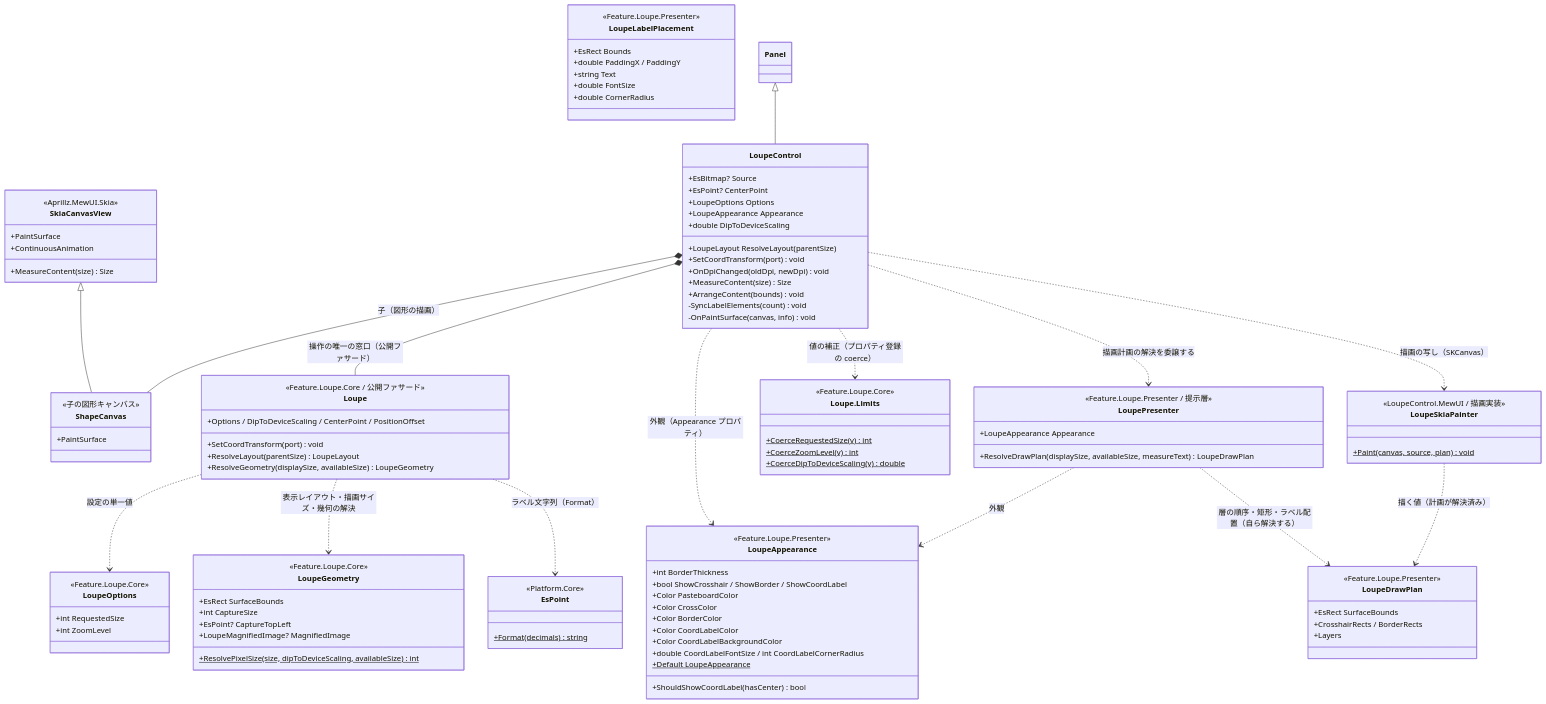
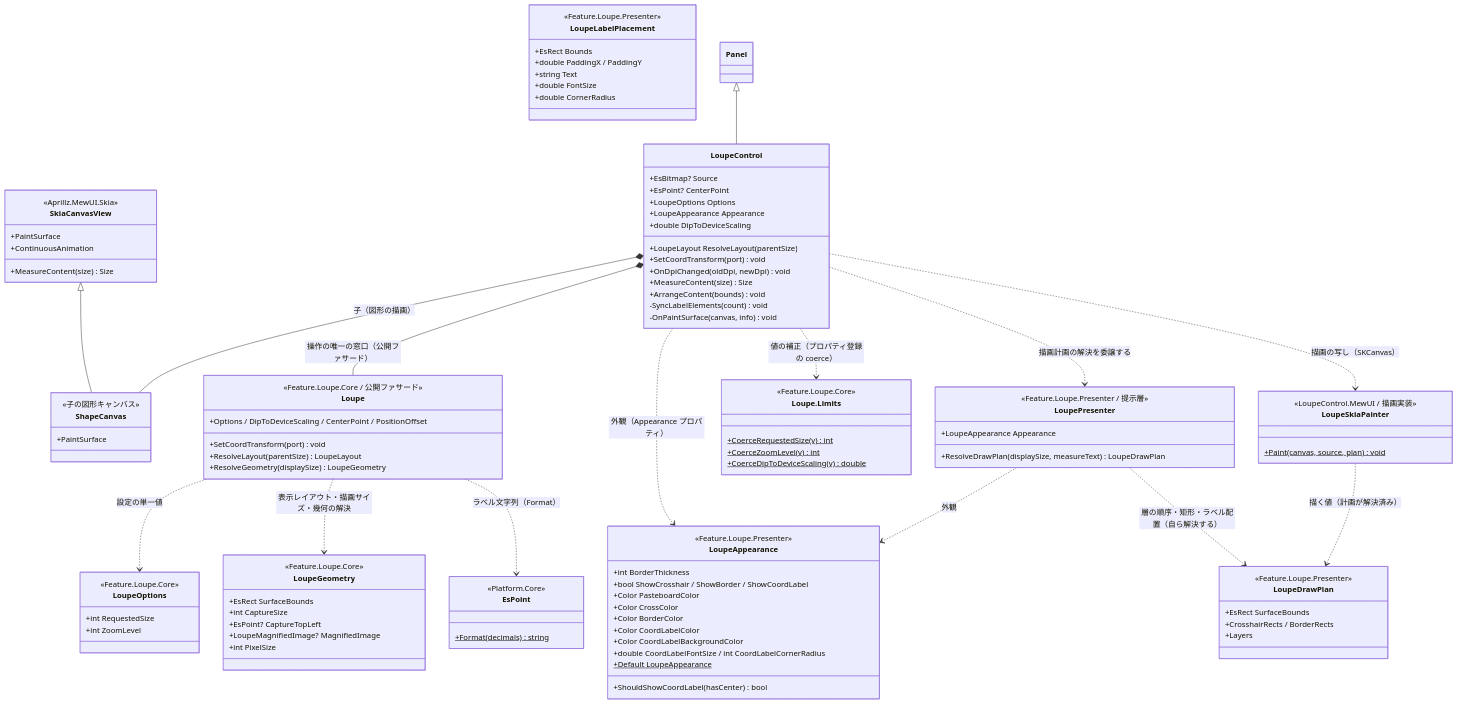
The first of 2 diagrams in src/LoupeControl.MewUI/SPEC_System.md (tomokuni/SaveEvidence), drawn with Mermaid before and after one commit. The commit also changed other lines of this file and 32 other files, not shown here.

```diff
--- a/src/LoupeControl.MewUI/SPEC_System.md
+++ b/src/LoupeControl.MewUI/SPEC_System.md
@@ -119,7 +119,7 @@
     class LoupePresenter {
         <<Feature.Loupe.Presenter / 提示層>>
         +LoupeAppearance Appearance
-        +ResolveDrawPlan(displaySize, availableSize, measureText) LoupeDrawPlan
+        +ResolveDrawPlan(displaySize, measureText) LoupeDrawPlan
     }
     class LoupeSkiaPainter {
         <<LoupeControl.MewUI / 描画実装>>
@@ -143,7 +143,7 @@
         +int CaptureSize
         +EsPoint? CaptureTopLeft
         +LoupeMagnifiedImage? MagnifiedImage
-        +ResolvePixelSize(size, dipToDeviceScaling, availableSize) int$
+        +int PixelSize
     }
     class LoupeLabelPlacement {
         <<Feature.Loupe.Presenter>>
@@ -158,7 +158,7 @@
         +Options / DipToDeviceScaling / CenterPoint / PositionOffset
         +SetCoordTransform(port) void
         +ResolveLayout(parentSize) LoupeLayout
-        +ResolveGeometry(displaySize, availableSize) LoupeGeometry
+        +ResolveGeometry(displaySize) LoupeGeometry
     }
     class EsPoint {
         <<Platform.Core>>
```
